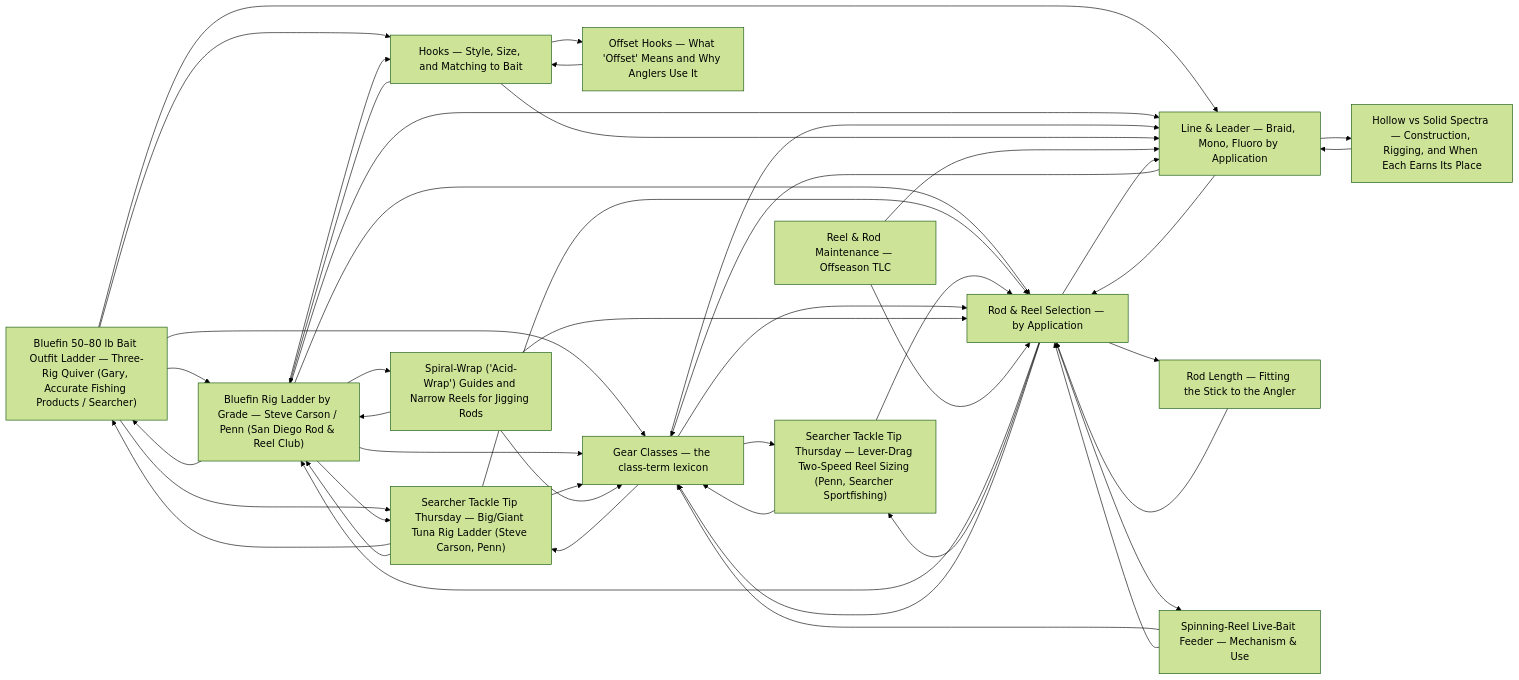
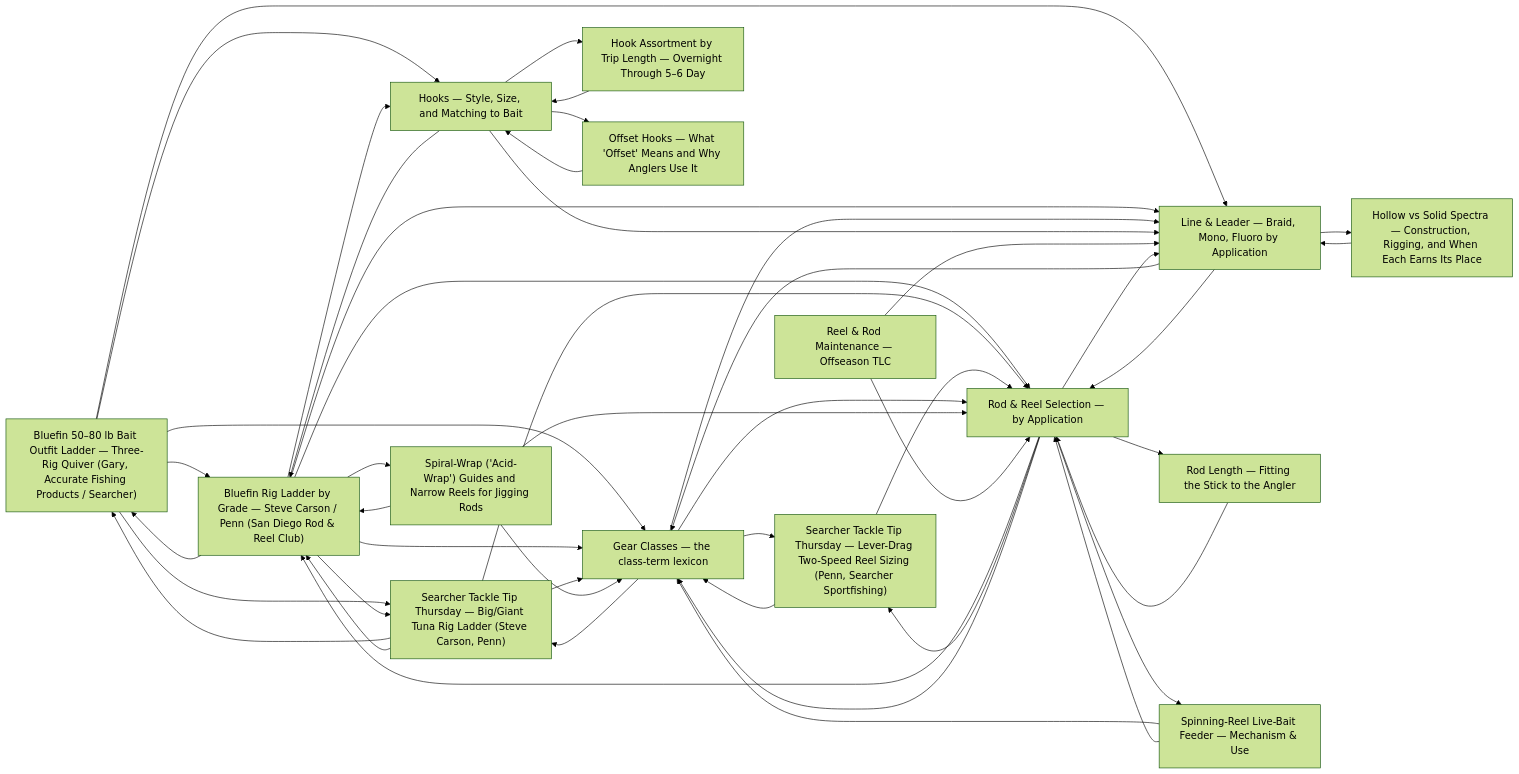
The diagram in tackle/README.md (camchuckpete-max/Socal-Fishing-Knowledge), drawn with Mermaid (forest theme) before and after one commit. The commit also changed other lines of this file and 9 other files, not shown here.

````diff
--- a/tackle/README.md
+++ b/tackle/README.md
@@ -27,61 +28,64 @@
 ```mermaid
 graph LR
   n0["Bluefin 50–80 lb Bait Outfit Ladder — Three-Rig Quiver (Gary, Accurate Fishing Products / Searcher)"]
   n1["Bluefin Rig Ladder by Grade — Steve Carson / Penn (San Diego Rod & Reel Club)"]
   n2["Gear Classes — the class-term lexicon"]
-  n3["Hooks — Style, Size, and Matching to Bait"]
-  n4["Spiral-Wrap ('Acid-Wrap') Guides and Narrow Reels for Jigging Rods"]
-  n5["Line & Leader — Braid, Mono, Fluoro by Application"]
-  n6["Offset Hooks — What 'Offset' Means and Why Anglers Use It"]
-  n7["Reel & Rod Maintenance — Offseason TLC"]
-  n8["Rod & Reel Selection — by Application"]
-  n9["Rod Length — Fitting the Stick to the Angler"]
-  n10["Searcher Tackle Tip Thursday — Big/Giant Tuna Rig Ladder (Steve Carson, Penn)"]
-  n11["Searcher Tackle Tip Thursday — Lever-Drag Two-Speed Reel Sizing (Penn, Searcher Sportfishing)"]
-  n12["Hollow vs Solid Spectra — Construction, Rigging, and When Each Earns Its Place"]
-  n13["Spinning-Reel Live-Bait Feeder — Mechanism & Use"]
+  n3["Hook Assortment by Trip Length — Overnight Through 5–6 Day"]
+  n4["Hooks — Style, Size, and Matching to Bait"]
+  n5["Spiral-Wrap ('Acid-Wrap') Guides and Narrow Reels for Jigging Rods"]
+  n6["Line & Leader — Braid, Mono, Fluoro by Application"]
+  n7["Offset Hooks — What 'Offset' Means and Why Anglers Use It"]
+  n8["Reel & Rod Maintenance — Offseason TLC"]
+  n9["Rod & Reel Selection — by Application"]
+  n10["Rod Length — Fitting the Stick to the Angler"]
+  n11["Searcher Tackle Tip Thursday — Big/Giant Tuna Rig Ladder (Steve Carson, Penn)"]
+  n12["Searcher Tackle Tip Thursday — Lever-Drag Two-Speed Reel Sizing (Penn, Searcher Sportfishing)"]
+  n13["Hollow vs Solid Spectra — Construction, Rigging, and When Each Earns Its Place"]
+  n14["Spinning-Reel Live-Bait Feeder — Mechanism & Use"]
   n0 --> n1
-  n0 --> n10
+  n0 --> n11
   n0 --> n2
-  n0 --> n3
-  n0 --> n5
+  n0 --> n4
+  n0 --> n6
   n1 --> n0
-  n1 --> n10
+  n1 --> n11
   n1 --> n2
-  n1 --> n3
   n1 --> n4
   n1 --> n5
-  n1 --> n8
-  n10 --> n0
-  n10 --> n1
-  n10 --> n2
-  n10 --> n8
+  n1 --> n6
+  n1 --> n9
+  n10 --> n9
+  n11 --> n0
+  n11 --> n1
   n11 --> n2
-  n11 --> n8
-  n12 --> n5
-  n13 --> n2
-  n13 --> n8
-  n2 --> n10
+  n11 --> n9
+  n12 --> n2
+  n12 --> n9
+  n13 --> n6
+  n14 --> n2
+  n14 --> n9
   n2 --> n11
-  n2 --> n5
-  n2 --> n8
-  n3 --> n1
-  n3 --> n5
-  n3 --> n6
+  n2 --> n12
+  n2 --> n6
+  n2 --> n9
+  n3 --> n4
   n4 --> n1
-  n4 --> n2
-  n4 --> n8
-  n5 --> n12
+  n4 --> n3
+  n4 --> n6
+  n4 --> n7
+  n5 --> n1
   n5 --> n2
-  n5 --> n8
-  n6 --> n3
-  n7 --> n5
-  n7 --> n8
-  n8 --> n1
-  n8 --> n11
-  n8 --> n13
-  n8 --> n2
-  n8 --> n5
+  n5 --> n9
+  n6 --> n13
+  n6 --> n2
+  n6 --> n9
+  n7 --> n4
+  n8 --> n6
   n8 --> n9
-  n9 --> n8
+  n9 --> n1
+  n9 --> n10
+  n9 --> n12
+  n9 --> n14
+  n9 --> n2
+  n9 --> n6
 ```
````
